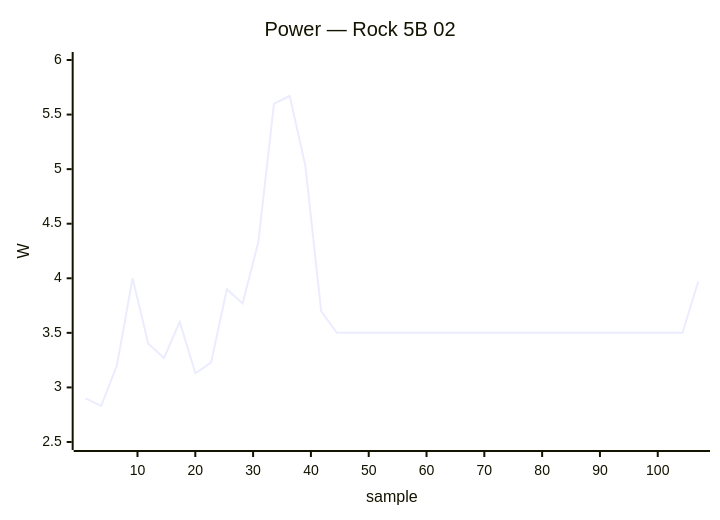
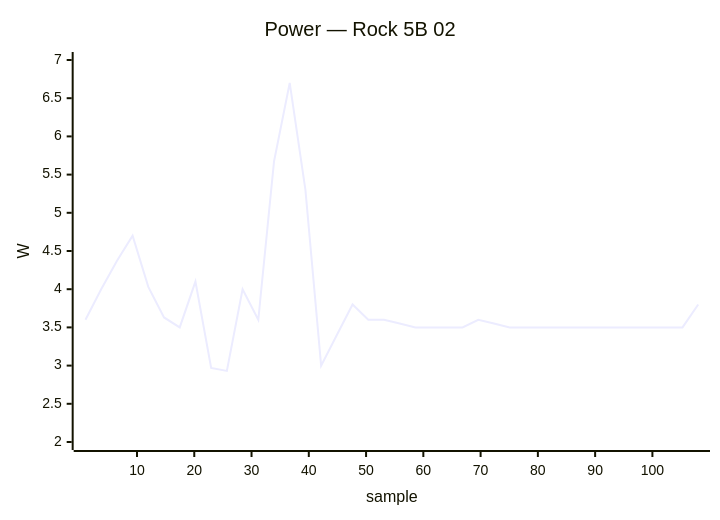
One commit to armbian/documentation changed diagram 16 of 34 in docs/status/board-tests.md. Above: the diagram before and after it, drawn with Mermaid. The commit also changed other lines of this file, not shown here.

````diff
--- a/docs/status/board-tests.md
+++ b/docs/status/board-tests.md
@@ -205,7 +816,7 @@
 ```mermaid
 xychart-beta
     title "Power — Rock 5B 02"
-    x-axis "sample" 1 --> 107
-    y-axis "W" 2.5 --> 6.0
-    line [2.90, 2.83, 3.20, 4.00, 3.40, 3.27, 3.60, 3.13, 3.23, 3.90, 3.77, 4.33, 5.60, 5.67, 5.03, 3.70, 3.50, 3.50, 3.50, 3.50, 3.50, 3.50, 3.50, 3.50, 3.50, 3.50, 3.50, 3.50, 3.50, 3.50, 3.50, 3.50, 3.50, 3.50, 3.50, 3.50, 3.50, 3.50, 3.50, 3.97]
+    x-axis "sample" 1 --> 108
+    y-axis "W" 2.0 --> 7.0
+    line [3.60, 4.00, 4.37, 4.70, 4.03, 3.63, 3.50, 4.10, 2.97, 2.93, 4.00, 3.60, 5.67, 6.70, 5.30, 3.00, 3.40, 3.80, 3.60, 3.60, 3.55, 3.50, 3.50, 3.50, 3.50, 3.60, 3.55, 3.50, 3.50, 3.50, 3.50, 3.50, 3.50, 3.50, 3.50, 3.50, 3.50, 3.50, 3.50, 3.80]
 ```
````
